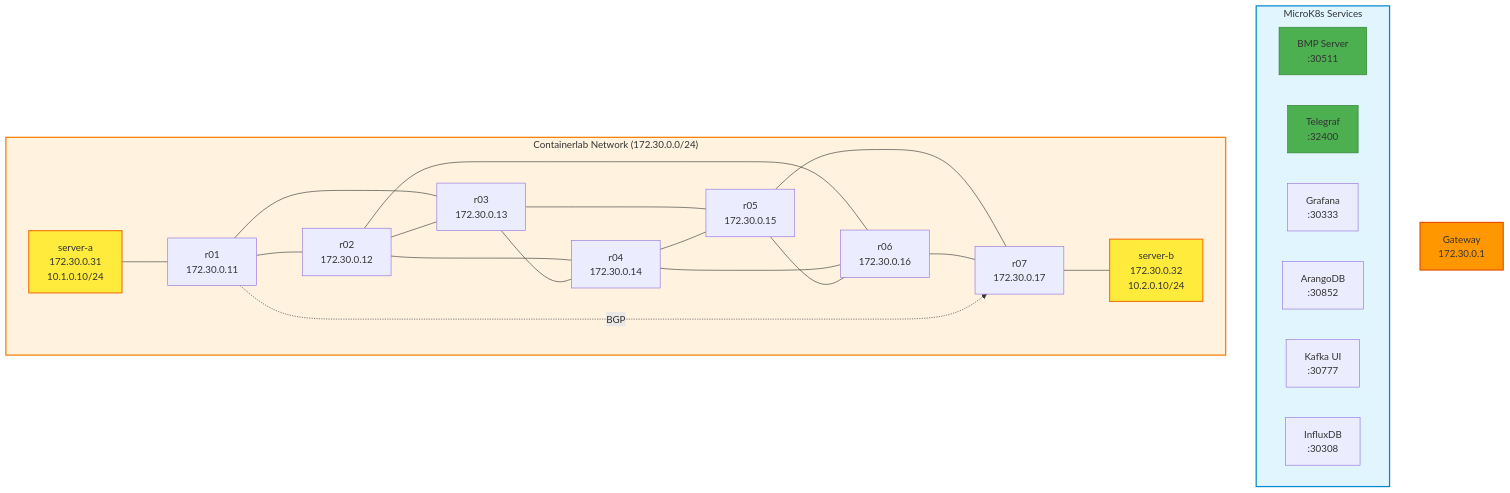
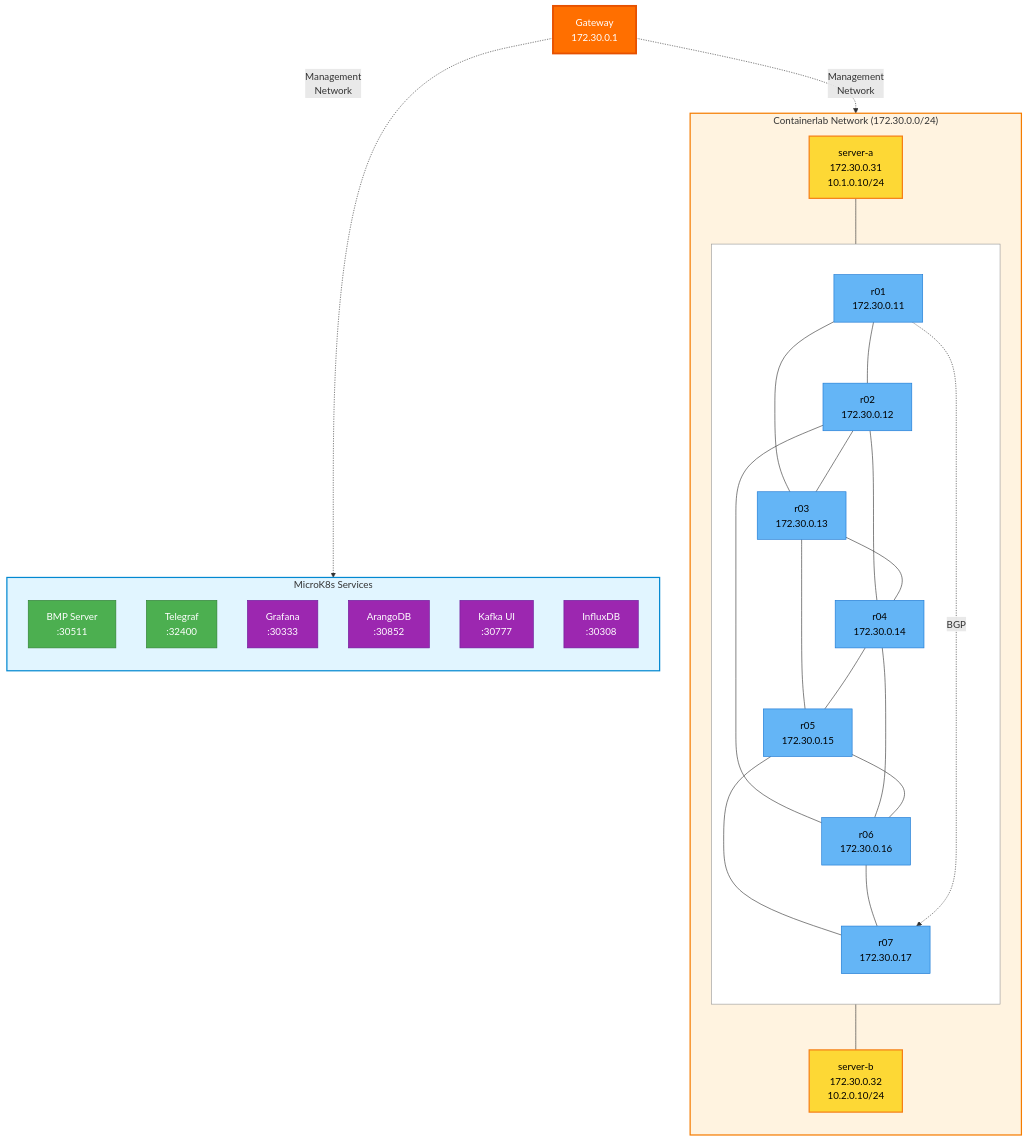
One commit to severindellsperger/jalapeno-bmp-demo changed the diagram in README.md. Above: the diagram before and after it, drawn with Mermaid.

Commit message:
Optimize Mermaid diagram layout and colors
Agent-Logs-Url: https://github.com/severindellsperger/jalapeno-bmp-demo/sessions/04ed23dc-9374-40ce-a40f-350e130d8e05

````diff
--- a/README.md
+++ b/README.md
@@ -17,52 +17,76 @@
 ```mermaid
 graph TB
     GW["Gateway<br/>172.30.0.1"]
 
     subgraph K8s["MicroK8s Services"]
+        direction TB
         BMP["BMP Server<br/>:30511"]
         TEL["Telegraf<br/>:32400"]
         GRAF["Grafana<br/>:30333"]
         ARANGO["ArangoDB<br/>:30852"]
         KAFKA["Kafka UI<br/>:30777"]
         INFLUX["InfluxDB<br/>:30308"]
     end
 
     subgraph CL["Containerlab Network (172.30.0.0/24)"]
-        SA["server-a<br/>172.30.0.31"<br/>10.1.0.10/24]
-        R01["r01<br/>172.30.0.11"]
-        R02["r02<br/>172.30.0.12"]
-        R03["r03<br/>172.30.0.13"]
-        R04["r04<br/>172.30.0.14"]
-        R05["r05<br/>172.30.0.15"]
-        R06["r06<br/>172.30.0.16"]
-        R07["r07<br/>172.30.0.17"]
-        SB["server-b<br/>172.30.0.32"<br/>10.2.0.10/24]
+        direction TB
+        SA["server-a<br/>172.30.0.31<br/>10.1.0.10/24"]
+
+        subgraph Routers[" "]
+            direction TB
+            R01["r01<br/>172.30.0.11"]
+            R02["r02<br/>172.30.0.12"]
+            R03["r03<br/>172.30.0.13"]
+            R04["r04<br/>172.30.0.14"]
+            R05["r05<br/>172.30.0.15"]
+            R06["r06<br/>172.30.0.16"]
+            R07["r07<br/>172.30.0.17"]
+        end
+
+        SB["server-b<br/>172.30.0.32<br/>10.2.0.10/24"]
     end
+
+    %% Gateway connections
+    GW -.Management<br/>Network.-> K8s
+    GW -.Management<br/>Network.-> CL
 
     %% Physical topology
     SA --- R01
     R01 --- R02
     R01 --- R03
     R02 --- R03
     R02 --- R04
     R02 --- R06
     R03 --- R04
     R03 --- R05
     R04 --- R05
     R04 --- R06
     R05 --- R06
     R05 --- R07
     R06 --- R07
     R07 --- SB
 
     %% BGP peering
     R01 -.BGP.-> R07
 
+    %% Styling
     style K8s fill:#e1f5ff,stroke:#0288d1,stroke-width:2px
     style CL fill:#fff3e0,stroke:#f57c00,stroke-width:2px
-    style BMP fill:#4caf50,stroke:#2e7d32
-    style TEL fill:#4caf50,stroke:#2e7d32
-    style GW fill:#ff9800,stroke:#e65100,stroke-width:2px
-    style SA fill:#ffeb3b,stroke:#f57f17,stroke-width:2px
-    style SB fill:#ffeb3b,stroke:#f57f17,stroke-width:2px
+    style Routers fill:#ffffff,stroke:#999999,stroke-width:1px
+    style BMP fill:#4caf50,stroke:#2e7d32,color:#fff
+    style TEL fill:#4caf50,stroke:#2e7d32,color:#fff
+    style GRAF fill:#9c27b0,stroke:#6a1b9a,color:#fff
+    style ARANGO fill:#9c27b0,stroke:#6a1b9a,color:#fff
+    style KAFKA fill:#9c27b0,stroke:#6a1b9a,color:#fff
+    style INFLUX fill:#9c27b0,stroke:#6a1b9a,color:#fff
+    style GW fill:#ff6f00,stroke:#e65100,stroke-width:3px,color:#fff
+    style SA fill:#fdd835,stroke:#f57f17,stroke-width:2px,color:#000
+    style SB fill:#fdd835,stroke:#f57f17,stroke-width:2px,color:#000
+    style R01 fill:#64b5f6,stroke:#1976d2,color:#000
+    style R02 fill:#64b5f6,stroke:#1976d2,color:#000
+    style R03 fill:#64b5f6,stroke:#1976d2,color:#000
+    style R04 fill:#64b5f6,stroke:#1976d2,color:#000
+    style R05 fill:#64b5f6,stroke:#1976d2,color:#000
+    style R06 fill:#64b5f6,stroke:#1976d2,color:#000
+    style R07 fill:#64b5f6,stroke:#1976d2,color:#000
 ```
````
